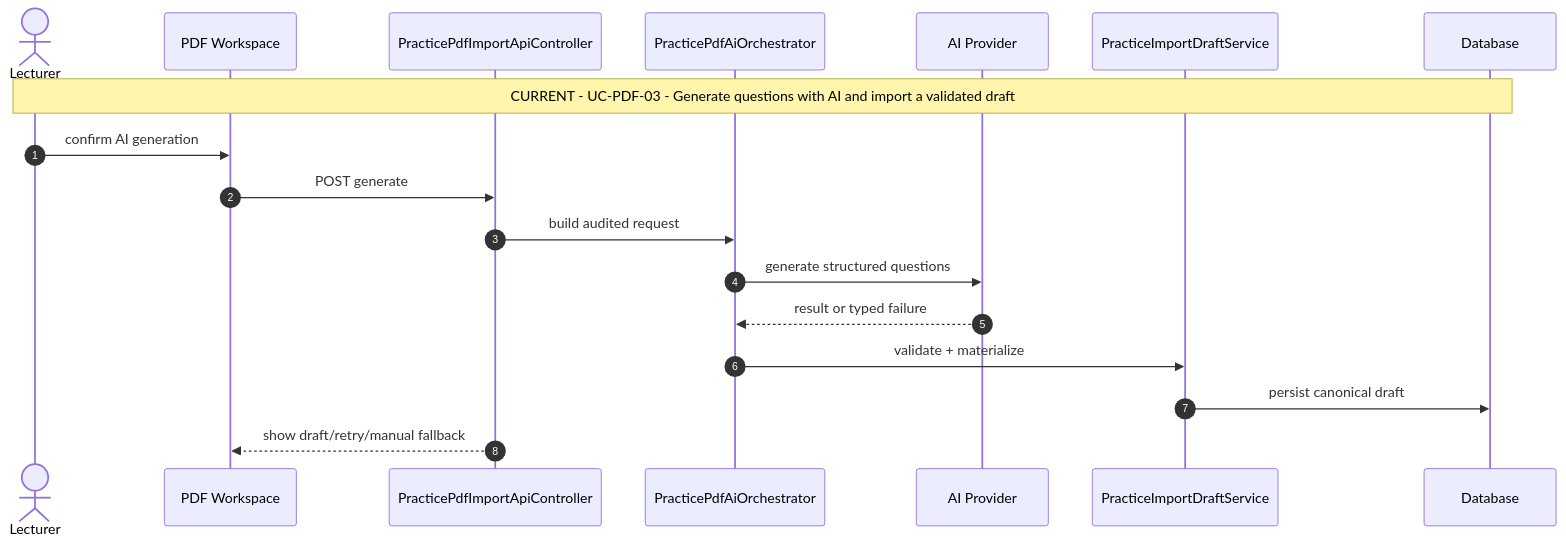
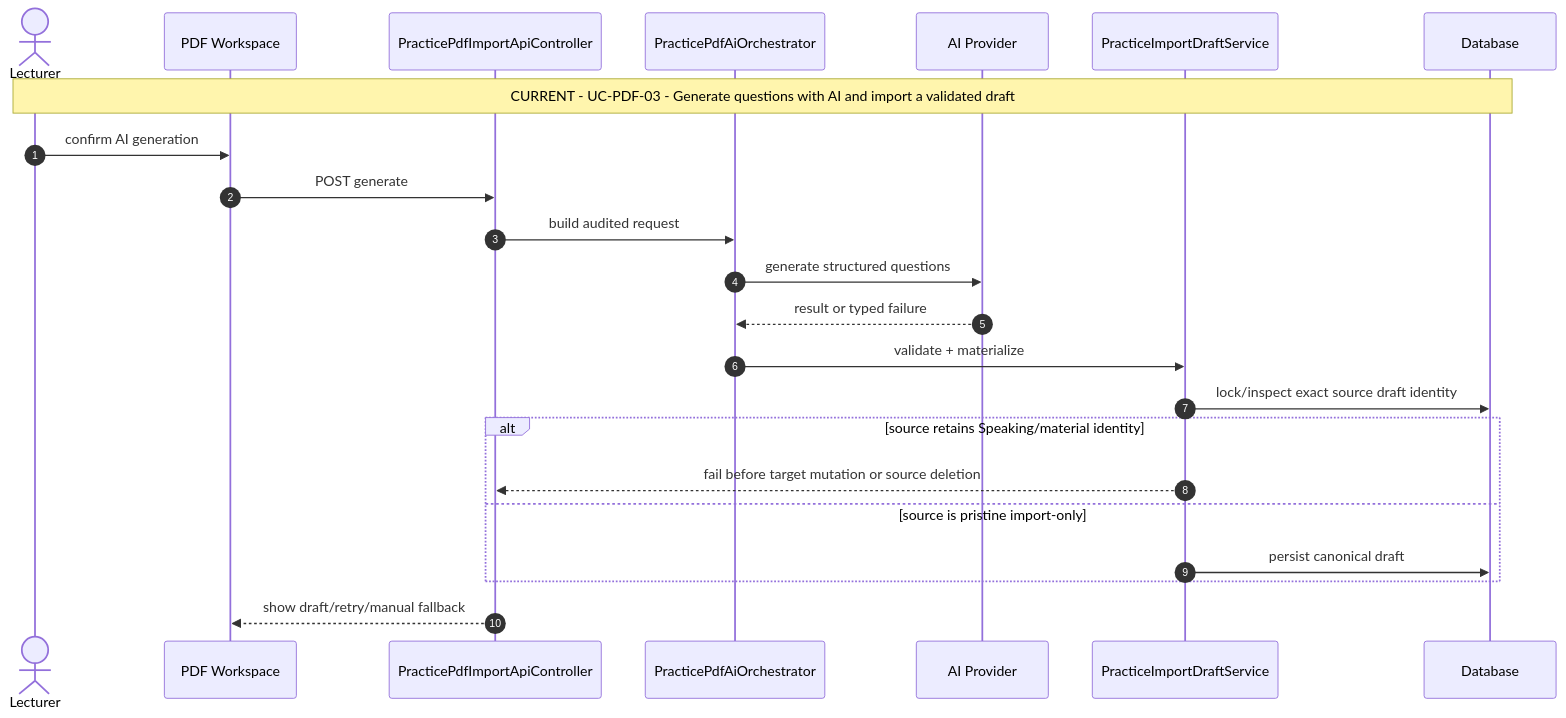
Before and after one commit to toannnnq1424/KoreanStudyHub: the tenth of 31 diagrams in docs/architecture/practice/mermaid/KSH_PRACTICE_SEQUENCE_DIAGRAMS.md, drawn with Mermaid. The commit also changed other lines of this file and 3 other files, not shown here.

Commit message:
docs(practice): record the validated 13C3 architecture

````diff
--- a/docs/architecture/practice/mermaid/KSH_PRACTICE_SEQUENCE_DIAGRAMS.md
+++ b/docs/architecture/practice/mermaid/KSH_PRACTICE_SEQUENCE_DIAGRAMS.md
@@ -208,20 +276,25 @@
 ```mermaid
 sequenceDiagram
     autonumber
     actor P01 as Lecturer
     participant P02 as PDF Workspace
     participant P03 as PracticePdfImportApiController
     participant P04 as PracticePdfAiOrchestrator
     participant P05 as AI Provider
     participant P06 as PracticeImportDraftService
     participant P07 as Database
     Note over P01,P07: CURRENT - UC-PDF-03 - Generate questions with AI and import a validated draft
     P01->>P02: confirm AI generation
     P02->>P03: POST generate
     P03->>P04: build audited request
     P04->>P05: generate structured questions
     P05-->>P04: result or typed failure
     P04->>P06: validate + materialize
-    P06->>P07: persist canonical draft
+    P06->>P07: lock/inspect exact source draft identity
+    alt source retains Speaking/material identity
+        P06-->>P03: fail before target mutation or source deletion
+    else source is pristine import-only
+        P06->>P07: persist canonical draft
+    end
     P03-->>P02: show draft/retry/manual fallback
 ```
````
